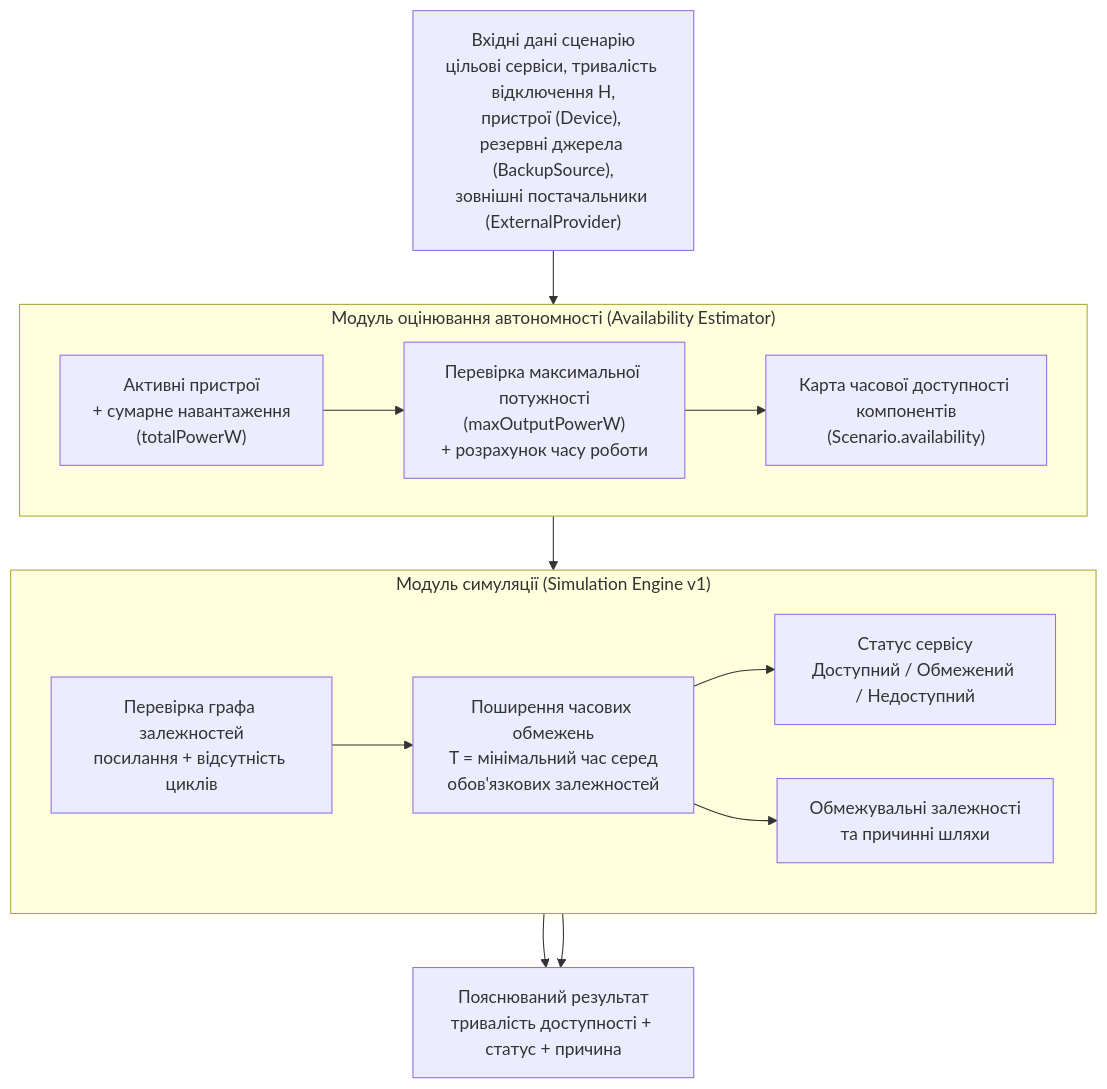
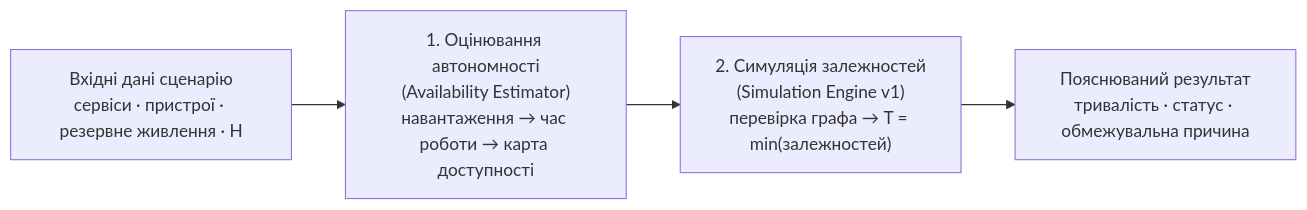
Before and after one commit to Serhii-Palamarchuk/capstone-household-service-availability: the diagram in docs/diagrams/service-availability-evaluation-diagram.md, drawn with Mermaid. The commit also changed other lines of this file, not shown here.

Commit message:
docs: make service availability diagram horizontal

````diff
--- a/docs/diagrams/service-availability-evaluation-diagram.md
+++ b/docs/diagrams/service-availability-evaluation-diagram.md
@@ -5,29 +5,9 @@
 ```mermaid
-flowchart TB
-    A["Вхідні дані сценарію<br/>цільові сервіси, тривалість відключення H,<br/>пристрої (Device), резервні джерела (BackupSource),<br/>зовнішні постачальники (ExternalProvider)"]
+flowchart LR
+    A["Вхідні дані сценарію<br/>сервіси · пристрої · резервне живлення · H"]
+    B["1. Оцінювання автономності<br/>(Availability Estimator)<br/>навантаження → час роботи → карта доступності"]
+    C["2. Симуляція залежностей<br/>(Simulation Engine v1)<br/>перевірка графа → T = min(залежностей)"]
+    D["Пояснюваний результат<br/>тривалість · статус · обмежувальна причина"]
 
-    subgraph AE["Модуль оцінювання автономності (Availability Estimator)"]
-        direction LR
-        B["Активні пристрої<br/>+ сумарне навантаження<br/>(totalPowerW)"]
-        C["Перевірка максимальної потужності<br/>(maxOutputPowerW)<br/>+ розрахунок часу роботи"]
-        D["Карта часової доступності компонентів<br/>(Scenario.availability)"]
-        B --> C --> D
-    end
-
-    subgraph SE["Модуль симуляції (Simulation Engine v1)"]
-        direction LR
-        E["Перевірка графа залежностей<br/>посилання + відсутність циклів"]
-        F["Поширення часових обмежень<br/>T = мінімальний час серед<br/>обов'язкових залежностей"]
-        G["Статус сервісу<br/>Доступний / Обмежений / Недоступний"]
-        H["Обмежувальні залежності<br/>та причинні шляхи"]
-        E --> F --> G
-        F --> H
-    end
-
-    I["Пояснюваний результат<br/>тривалість доступності + статус + причина"]
-
-    A --> B
-    D --> E
-    G --> I
-    H --> I
+    A --> B --> C --> D
 ```
````
